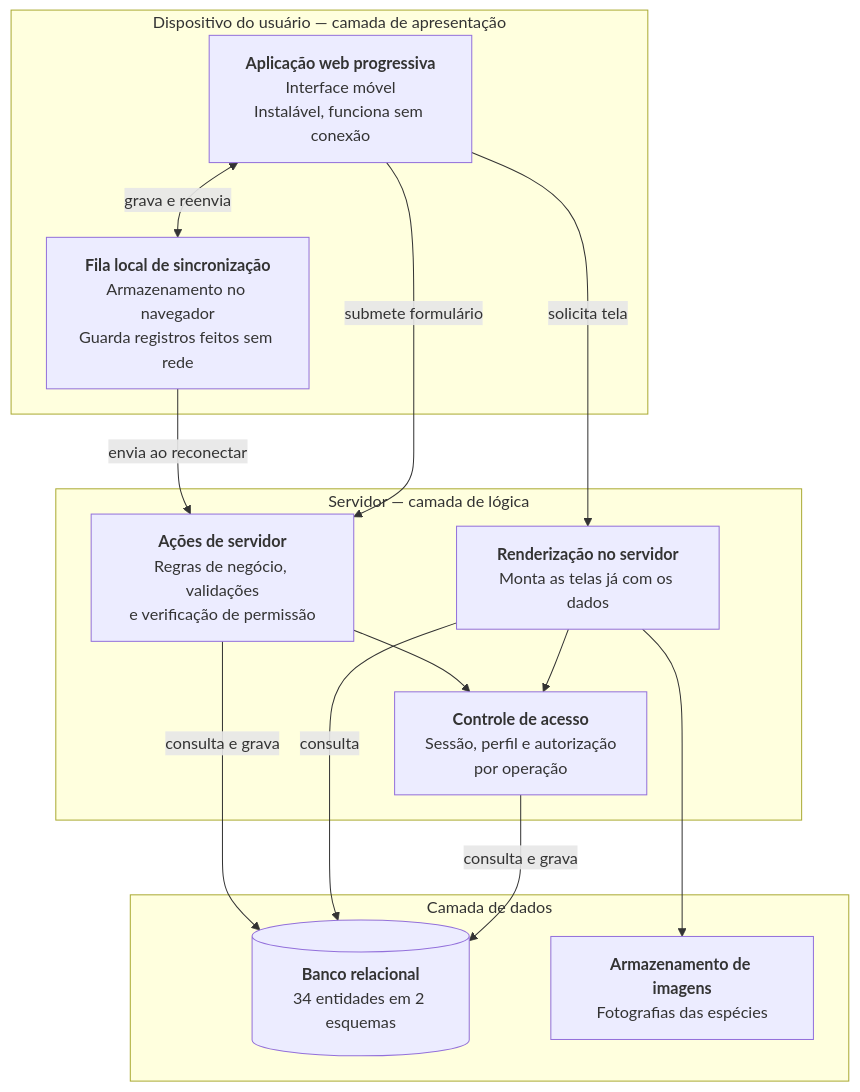
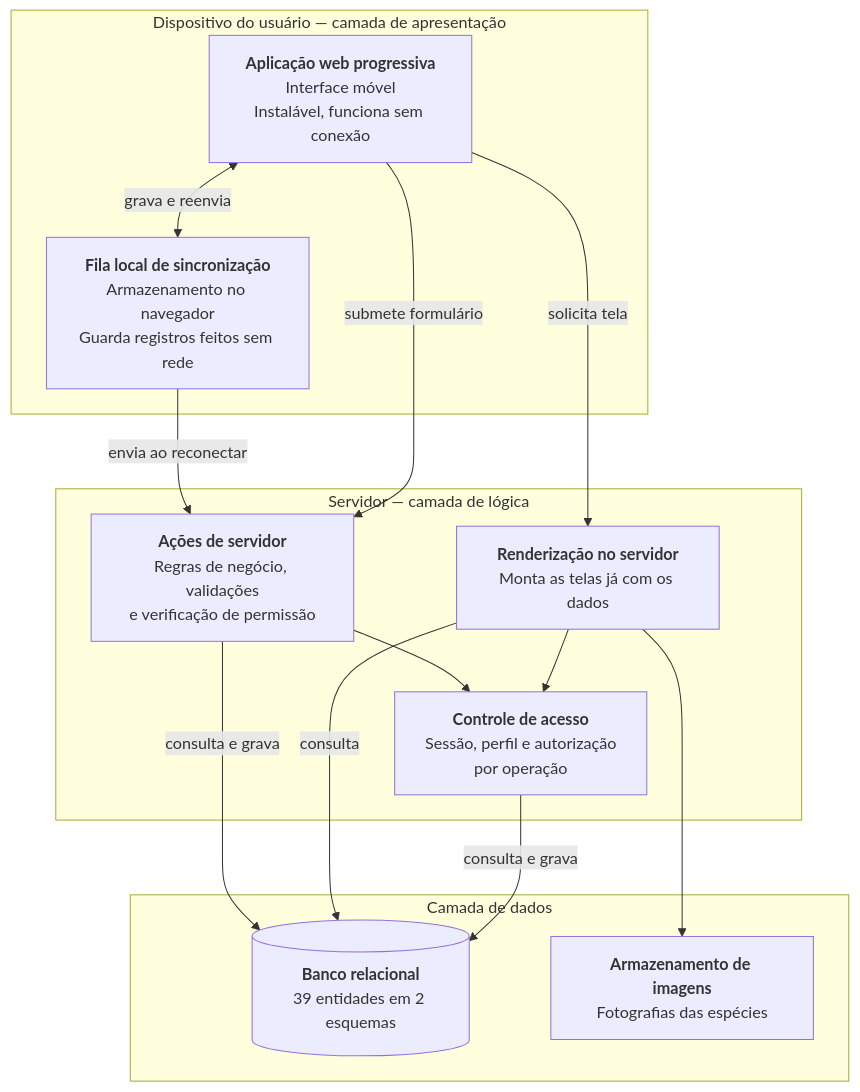
Before and after one commit to JoaoMudar/mudar: the second of 3 diagrams in docs/engenharia/D-arquitetura/D1-arquitetura-c4.md, drawn with Mermaid. The commit also changed other lines of this file and 52 other files, not shown here.

````diff
--- a/docs/engenharia/D-arquitetura/D1-arquitetura-c4.md
+++ b/docs/engenharia/D-arquitetura/D1-arquitetura-c4.md
@@ -73,30 +73,30 @@
 ```mermaid
 graph TB
   subgraph disp["Dispositivo do usuário — camada de apresentação"]
     PWA["<b>Aplicação web progressiva</b><br/>Interface móvel<br/>Instalável, funciona sem conexão"]
     FILA["<b>Fila local de sincronização</b><br/>Armazenamento no navegador<br/>Guarda registros feitos sem rede"]
   end
 
   subgraph srv["Servidor — camada de lógica"]
     REND["<b>Renderização no servidor</b><br/>Monta as telas já com os dados"]
     ACOES["<b>Ações de servidor</b><br/>Regras de negócio, validações<br/>e verificação de permissão"]
     AUTH["<b>Controle de acesso</b><br/>Sessão, perfil e autorização<br/>por operação"]
   end
 
   subgraph dados["Camada de dados"]
-    BD[("<b>Banco relacional</b><br/>34 entidades em 2 esquemas")]
+    BD[("<b>Banco relacional</b><br/>39 entidades em 2 esquemas")]
     ARQ["<b>Armazenamento de imagens</b><br/>Fotografias das espécies"]
   end
 
   PWA -->|"solicita tela"| REND
   PWA -->|"submete formulário"| ACOES
   PWA <-->|"grava e reenvia"| FILA
   FILA -->|"envia ao reconectar"| ACOES
 
   REND --> AUTH
   ACOES --> AUTH
   AUTH -->|"consulta e grava"| BD
   REND -->|"consulta"| BD
   ACOES -->|"consulta e grava"| BD
   REND --> ARQ
 ```
````
